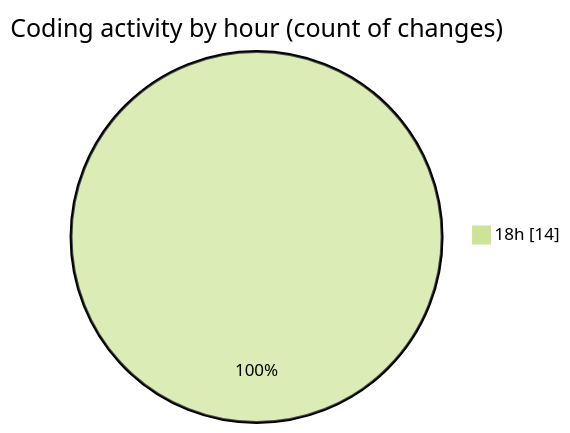
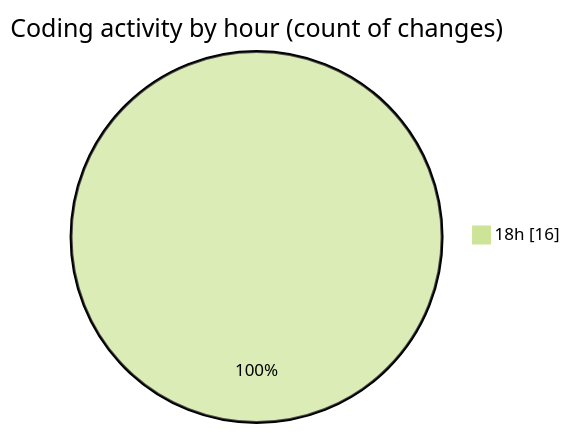
The second of 2 diagrams in 2025-06-22/mosaico-test-3/README.md (robertbonfada/code-tracking), drawn with Mermaid (forest theme) before and after one commit. The commit also changed other lines of this file and 1 other file, not shown here.

````diff
--- a/2025-06-22/mosaico-test-3/README.md
+++ b/2025-06-22/mosaico-test-3/README.md
@@ -28,5 +28,5 @@
 ```mermaid
 pie showData
 title Coding activity by hour (count of changes)
-"18h" : 14
+"18h" : 16
 ```
````
